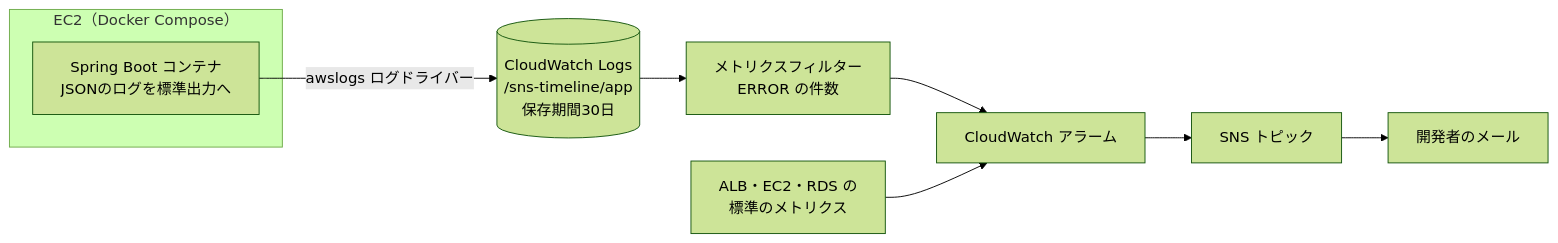
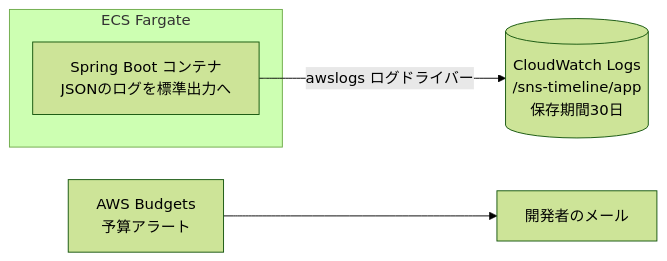
Before and after one commit to kuroda1995/sns-timeline: the fourth of 4 diagrams in インフラ構成図.md, drawn with Mermaid (forest theme). The commit also changed other lines of this file and 32 other files, not shown here.

First line of the commit message:
infra: S3 + CloudFront + ECS Fargate の構成で AWS にデプロイできるようにする

````diff
--- a/インフラ構成図.md
+++ b/インフラ構成図.md
@@ -247,17 +309,12 @@
 ```mermaid
 flowchart LR
-    subgraph EC2["EC2（Docker Compose）"]
+    subgraph ECS["ECS Fargate"]
         APP["Spring Boot コンテナ<br/>JSONのログを標準出力へ"]
     end
     LOGS[("CloudWatch Logs<br/>/sns-timeline/app<br/>保存期間30日")]
-    MF["メトリクスフィルター<br/>ERROR の件数"]
-    ALARM["CloudWatch アラーム"]
-    SNS["SNS トピック"]
+    BUDGET["AWS Budgets<br/>予算アラート"]
     MAIL["開発者のメール"]
-    ALB["ALB・EC2・RDS の<br/>標準のメトリクス"]
 
     APP -- "awslogs ログドライバー" --> LOGS
-    LOGS --> MF --> ALARM
-    ALB --> ALARM
-    ALARM --> SNS --> MAIL
+    BUDGET --> MAIL
 ```
````
